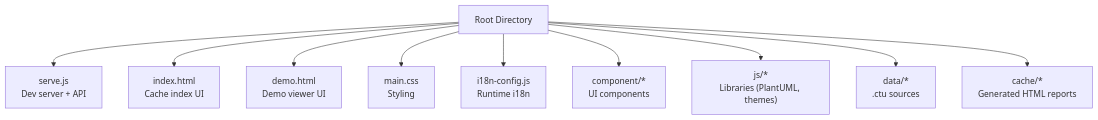
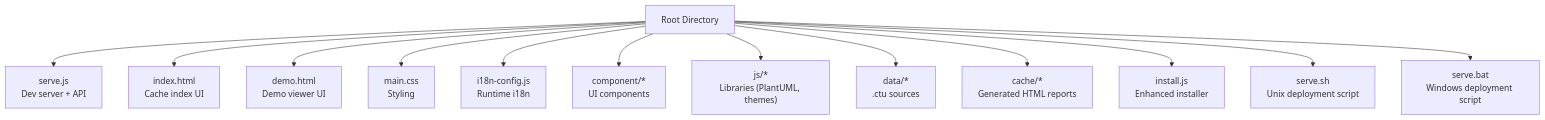
One commit to pingwurth/code-to-uml changed the first of 8 diagrams in .qoder/repowiki/en/content/Deployment and Production.md. Above: the diagram before and after it, drawn with Mermaid. The commit also changed other lines of this file and 21 other files, not shown here.

Commit message:
chore(docs): 删除 Code-To-UML 介绍文档

````diff
--- a/.qoder/repowiki/en/content/Deployment and Production.md
+++ b/.qoder/repowiki/en/content/Deployment and Production.md
@@ -41,12 +48,15 @@
 ```mermaid
 graph TB
 A["Root Directory"] --> B["serve.js<br/>Dev server + API"]
 A --> C["index.html<br/>Cache index UI"]
 A --> D["demo.html<br/>Demo viewer UI"]
 A --> E["main.css<br/>Styling"]
 A --> F["i18n-config.js<br/>Runtime i18n"]
 A --> G["component/*<br/>UI components"]
 A --> H["js/*<br/>Libraries (PlantUML, themes)"]
 A --> I["data/*<br/>.ctu sources"]
 A --> J["cache/*<br/>Generated HTML reports"]
+A --> K["install.js<br/>Enhanced installer"]
+A --> L["serve.sh<br/>Unix deployment script"]
+A --> M["serve.bat<br/>Windows deployment script"]
 ```
````
